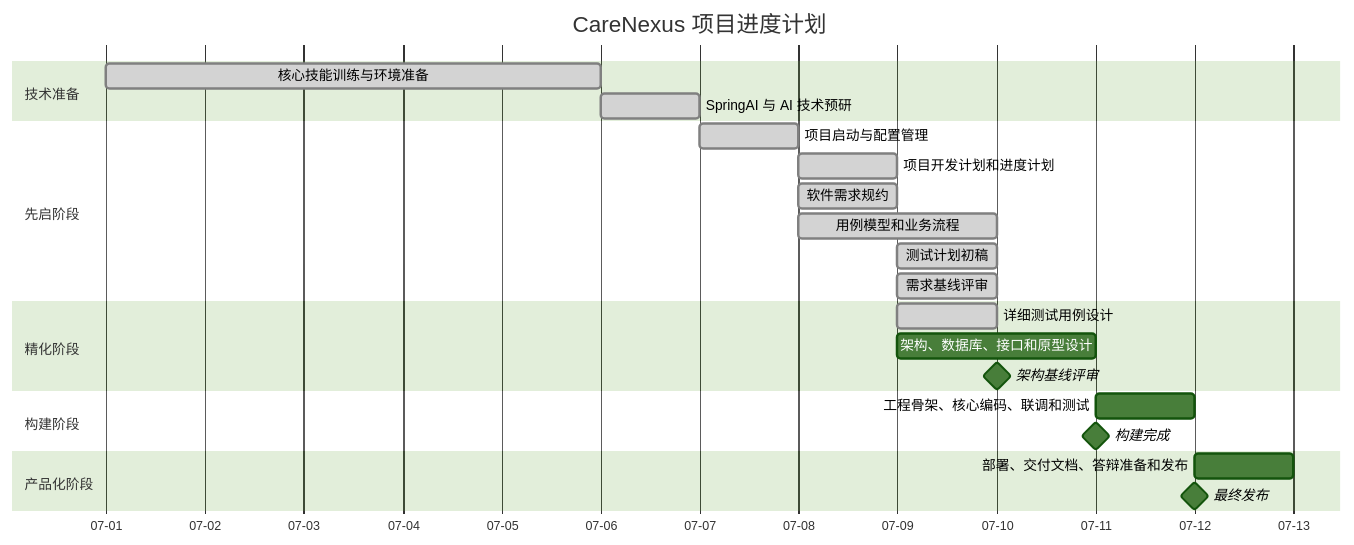
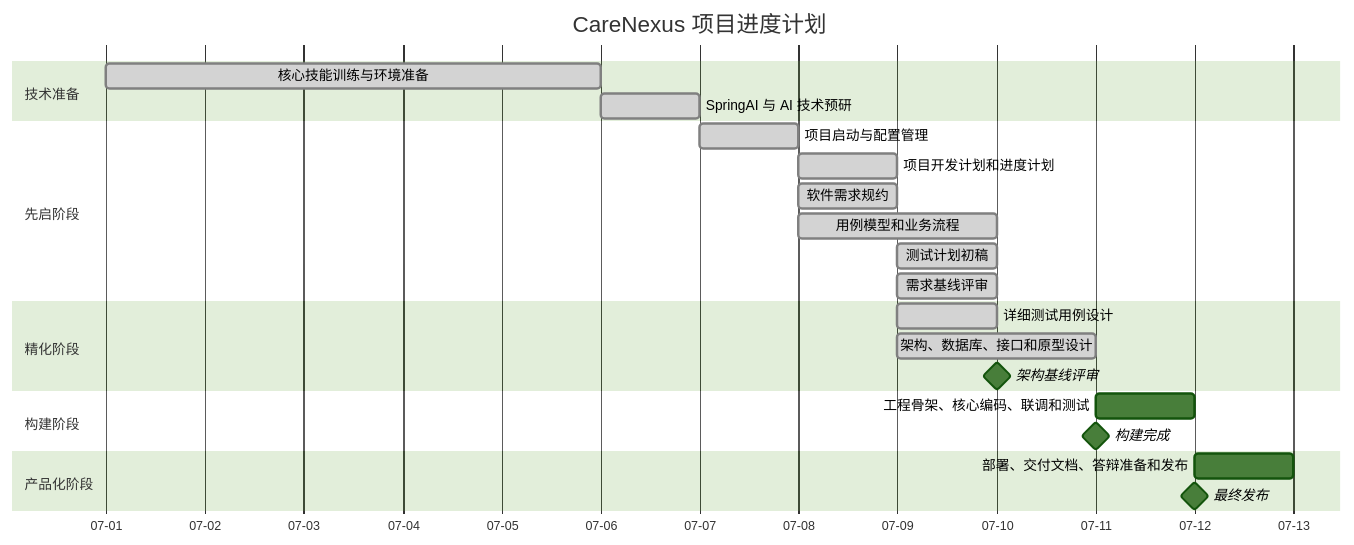
One commit to thesantaana/Care-Nexus changed the diagram in docs/plans/项目进度计划.md. Above: the diagram before and after it, drawn with Mermaid (forest theme). The commit also changed other lines of this file and 79 other files, not shown here.

First line of the commit message:
feat: add architecture skeleton

````diff
--- a/docs/plans/项目进度计划.md
+++ b/docs/plans/项目进度计划.md
@@ -99,31 +104,31 @@
 ```mermaid
 gantt
     title CareNexus 项目进度计划
     dateFormat  YYYY-MM-DD
     axisFormat  %m-%d
 
     section 技术准备
     核心技能训练与环境准备 :done, prep1, 2026-07-01, 5d
     SpringAI 与 AI 技术预研 :done, prep2, 2026-07-06, 1d
 
     section 先启阶段
     项目启动与配置管理 :done, inc1, 2026-07-07, 1d
     项目开发计划和进度计划 :done, inc2, 2026-07-08, 1d
     软件需求规约 :done, inc3, 2026-07-08, 1d
     用例模型和业务流程 :done, inc4, 2026-07-08, 2d
     测试计划初稿 :done, inc5, 2026-07-09, 1d
     需求基线评审 :done, m1, 2026-07-09, 1d
 
     section 精化阶段
     详细测试用例设计 :done, ela-test, 2026-07-09, 1d
-    架构、数据库、接口和原型设计 :ela1, 2026-07-09, 2d
+    架构、数据库、接口和原型设计 :done, ela1, 2026-07-09, 2d
     架构基线评审 :milestone, m2, 2026-07-10, 0d
 
     section 构建阶段
     工程骨架、核心编码、联调和测试 :con1, 2026-07-11, 1d
     构建完成 :milestone, m3, 2026-07-11, 0d
 
     section 产品化阶段
     部署、交付文档、答辩准备和发布 :tra1, 2026-07-12, 1d
     最终发布 :milestone, m4, 2026-07-12, 0d
 ```
````
